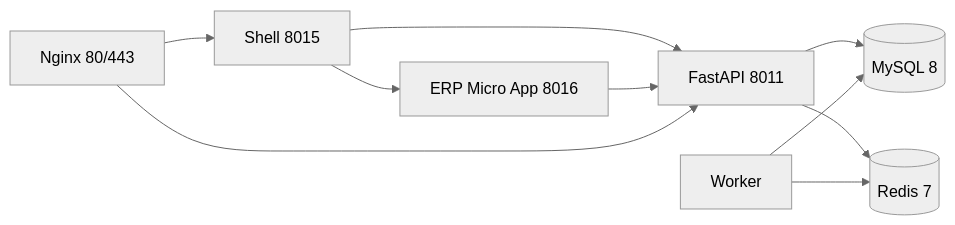
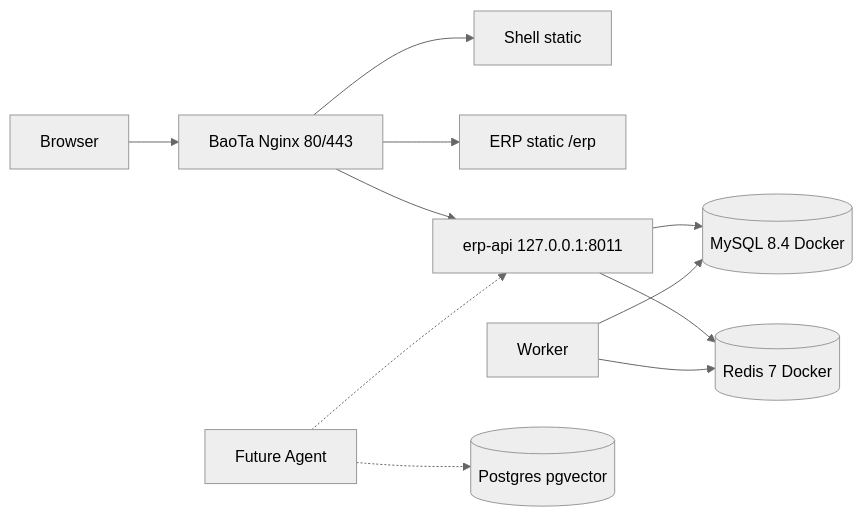
Before and after one commit to huochaigg/neorvion-erp: the diagram in docs/architecture.md, drawn with Mermaid (neutral theme). The commit also changed other lines of this file and 36 other files, not shown here.

````diff
--- a/docs/architecture.md
+++ b/docs/architecture.md
@@ -9,12 +9,13 @@
 ```mermaid
 flowchart LR
-  Shell[Shell 8015] --> ERP[ERP Micro App 8016]
-  Shell --> API[FastAPI 8011]
-  ERP --> API
-  API --> MySQL[(MySQL 8)]
-  API --> Redis[(Redis 7)]
+  User[Browser] --> BT[BaoTa Nginx 80/443]
+  BT --> Shell[Shell static]
+  BT --> ERP[ERP static /erp]
+  BT --> API[erp-api 127.0.0.1:8011]
+  API --> MySQL[(MySQL 8.4 Docker)]
+  API --> Redis[(Redis 7 Docker)]
   Worker[Worker] --> Redis
   Worker --> MySQL
-  Nginx[Nginx 80/443] --> Shell
-  Nginx --> API
+  AgentFuture[Future Agent] -.-> PG[(Postgres pgvector)]
+  AgentFuture -.-> API
 ```
````
